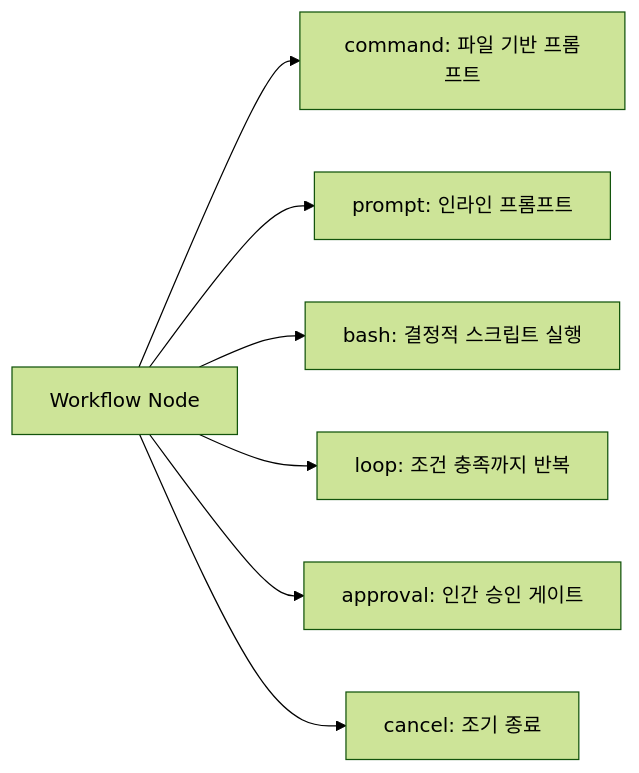
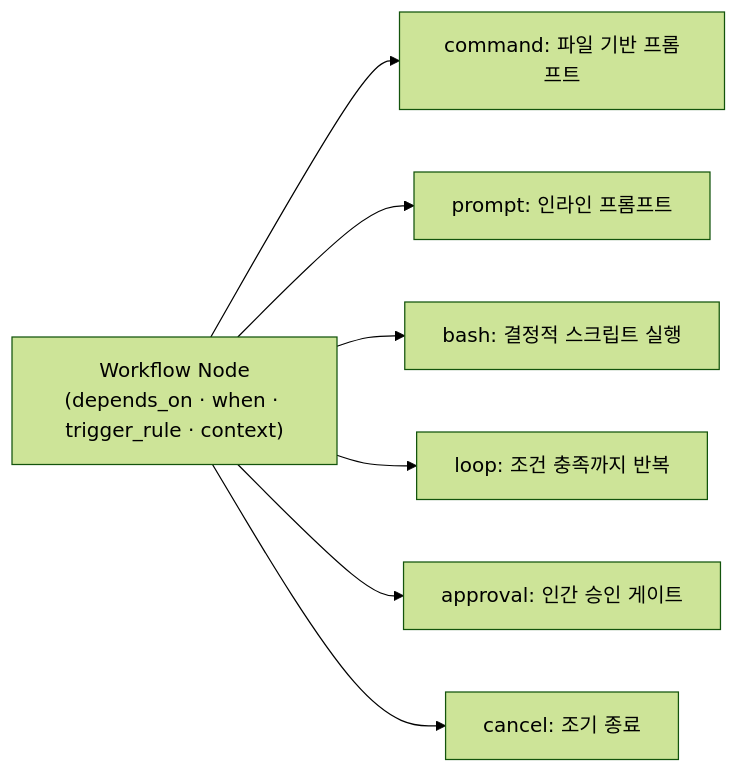
Before and after one commit to kimchanhyung98/agentic-workflows: the third of 3 diagrams in archon/00-diagram.md, drawn with Mermaid (forest theme). The commit also changed other lines of this file and 2 other files, not shown here.

First line of the commit message:
docs(archon): v2 재작성판 반영 및 구조·워크플로우 정보 보강

````diff
--- a/archon/00-diagram.md
+++ b/archon/00-diagram.md
@@ -57,9 +57,9 @@
 ```mermaid
 flowchart LR
-    N["Workflow Node"] --> C["command: 파일 기반 프롬프트"]
+    N["Workflow Node<br/>(depends_on · when · trigger_rule · context)"] --> C["command: 파일 기반 프롬프트"]
     N --> P["prompt: 인라인 프롬프트"]
     N --> B["bash: 결정적 스크립트 실행"]
     N --> L["loop: 조건 충족까지 반복"]
     N --> A["approval: 인간 승인 게이트"]
     N --> X["cancel: 조기 종료"]
 ```
````
